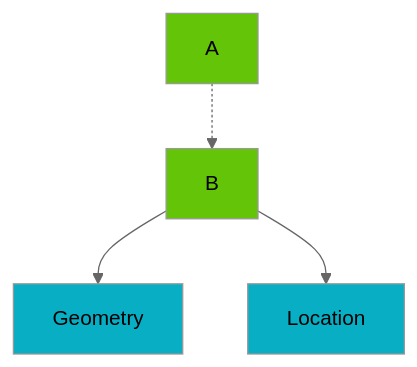
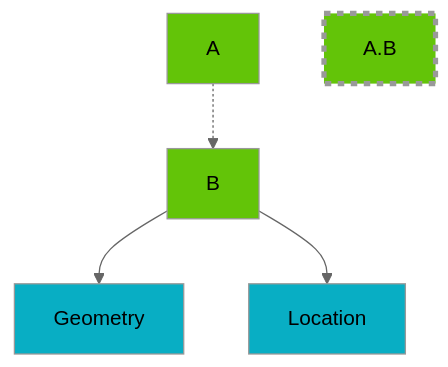
Before and after one commit to tomvandig/eccg: the fourth of 11 diagrams in README.md, drawn with Mermaid (neutral theme). The commit also changed other lines of this file, not shown here.

````diff
--- a/README.md
+++ b/README.md
@@ -122,13 +122,15 @@
 ```mermaid
 graph TD;
     A-.->B;
     
     B-->Geometry;
     B-->Location;
 
     style A fill:#63c408
     style B fill:#63c408
 
     style Geometry fill:#08aec4
     style Location fill:#08aec4
+    style A.B fill:#63c408,stroke-dasharray: 5 5,stroke-width:4px
+
 ```
````
